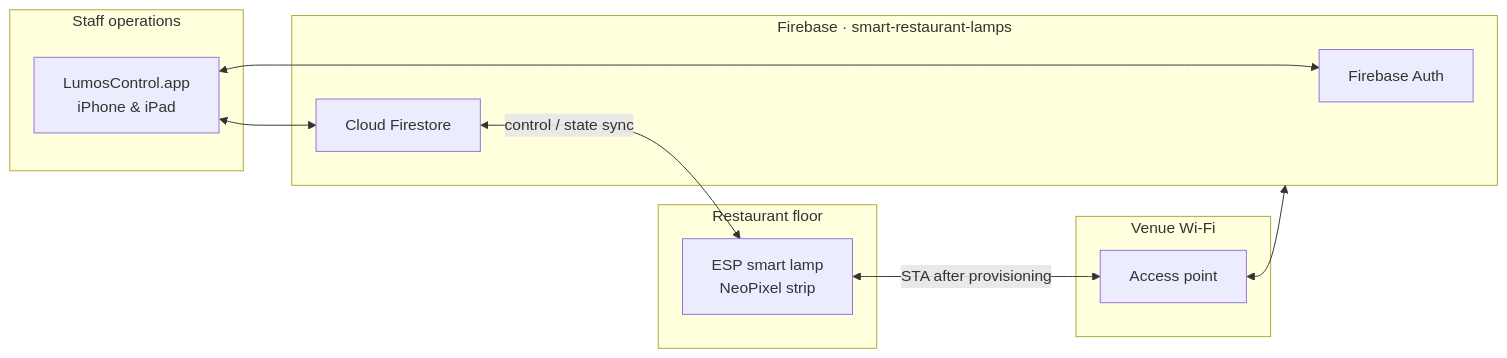
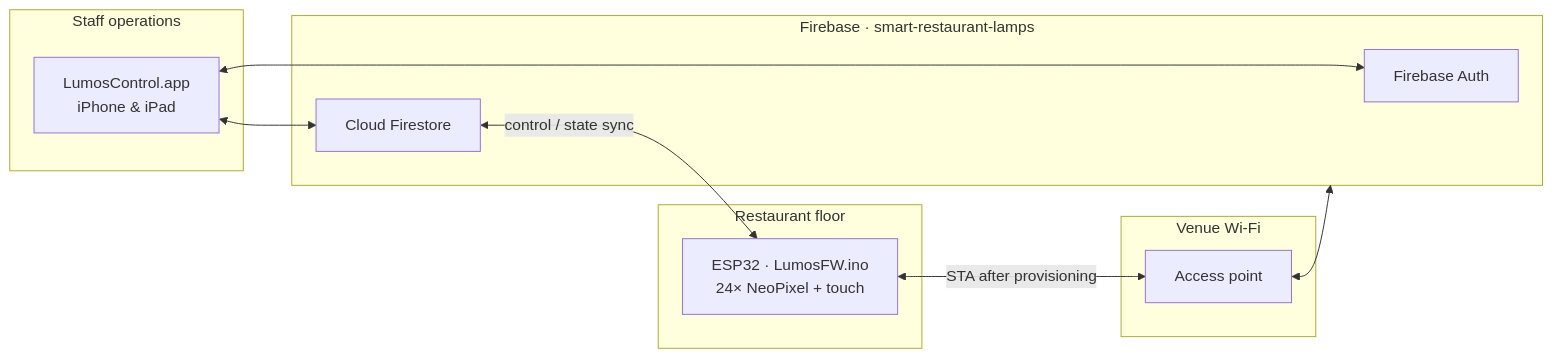
Before and after one commit to azomorodian/LumosControl: the diagram in README.md, drawn with Mermaid. The commit also changed other lines of this file and 5 other files, not shown here.

First line of the commit message:
Add ESP32 lamp firmware and document hardware setup

````diff
--- a/README.md
+++ b/README.md
@@ -82,22 +89,22 @@
 ```mermaid
 flowchart LR
     subgraph Floor["Restaurant floor"]
-        L["ESP smart lamp<br/>NeoPixel strip"]
+        L["ESP32 · LumosFW.ino<br/>24× NeoPixel + touch"]
     end
     subgraph LAN["Venue Wi-Fi"]
         AP["Access point"]
     end
     subgraph Cloud["Firebase · smart-restaurant-lamps"]
         FA["Firebase Auth"]
         FS["Cloud Firestore"]
     end
     subgraph Ops["Staff operations"]
         APP["LumosControl.app<br/>iPhone &amp; iPad"]
     end
 
     L <-->|"STA after provisioning"| AP
     AP <--> Cloud
     APP <--> FA
     APP <--> FS
     FS <-->|"control / state sync"| L
 ```
````
